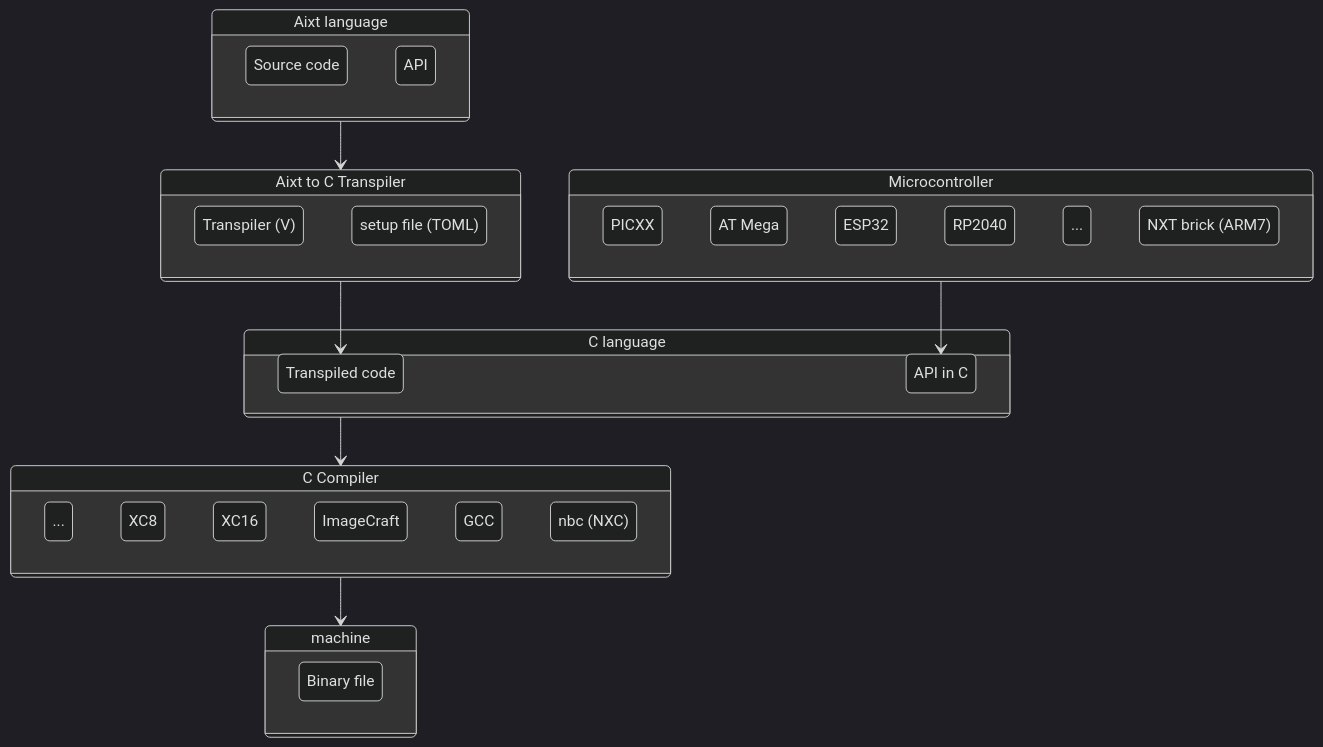
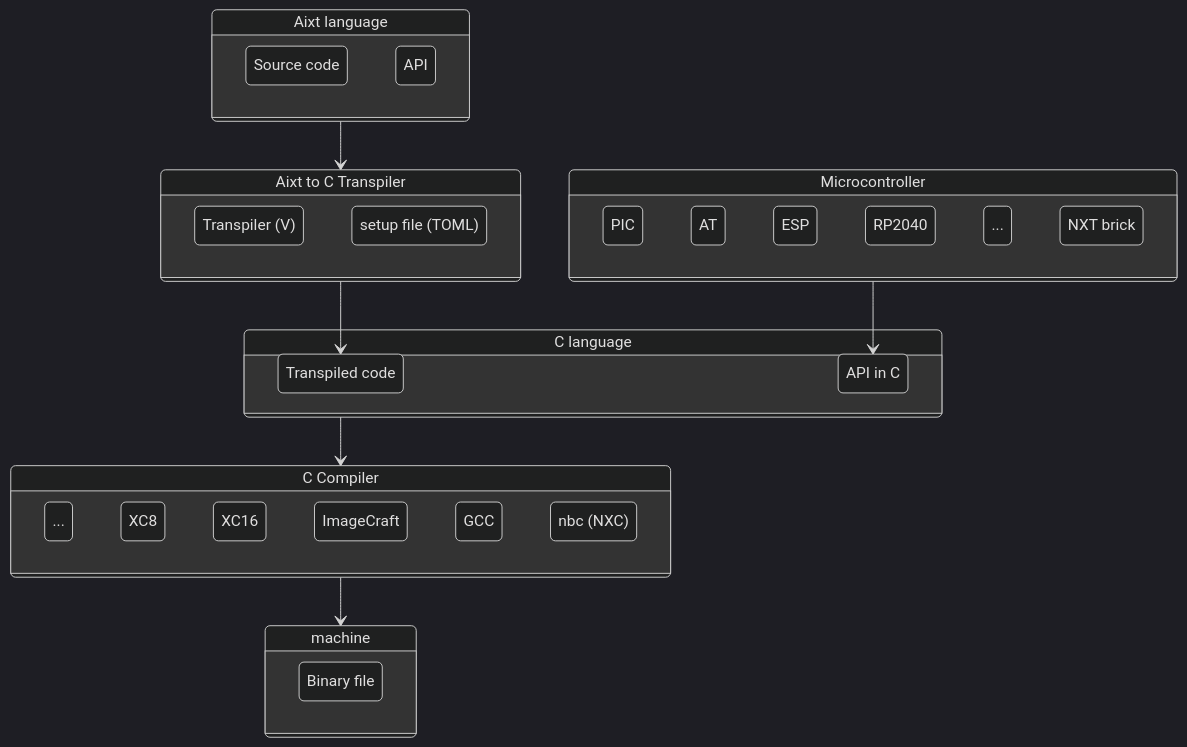
Before and after one commit to fermarsan/aixt: the diagram in README.md, drawn with Mermaid (dark theme).

Commit message:
shorten microcontrollers block

````diff
--- a/README.md
+++ b/README.md
@@ -9,55 +9,55 @@
 ```mermaid
 stateDiagram-v2
 
     Aixt: Aixt language
     state Aixt {
         source: Source code
         API
     }
 
     Aixt2C: Aixt to C Transpiler
     state Aixt2C {
         Transpiler: Transpiler (V)
         setup: setup file (TOML)
     }
 
     C: C language
     state C {
         Tr_Code: Transpiled code
         API_C: API in C
     }
 
     state Microcontroller {
-        PICs: PICXX
-        ATM: AT Mega
-        ESP32
+        PICs: PIC
+        ATM: AT
+        ESP
         RP2040
         others2: ...
-        NXT: NXT brick (ARM7) 
+        NXT: NXT brick
     }
 
     C_Compiler: C Compiler
     state C_Compiler {
         others: ...
         XC8  
         XC16 
         ImageCraft
         GCC  
         others 
         nbc: nbc (NXC) 
     }
     
     machine
     state machine {
         BF: Binary file
     }
     
     Aixt    --> Aixt2C 
     Aixt2C  --> Tr_Code
 
     C       --> C_Compiler
 
     C_Compiler  --> machine
 
     Microcontroller --> API_C
 ```
````
